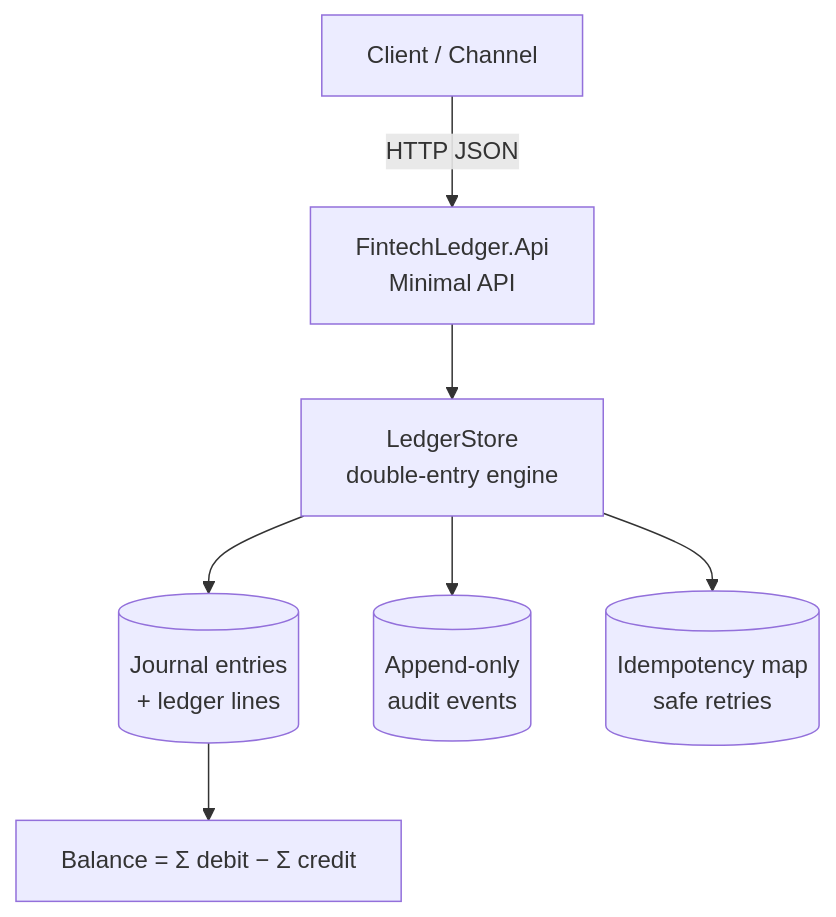
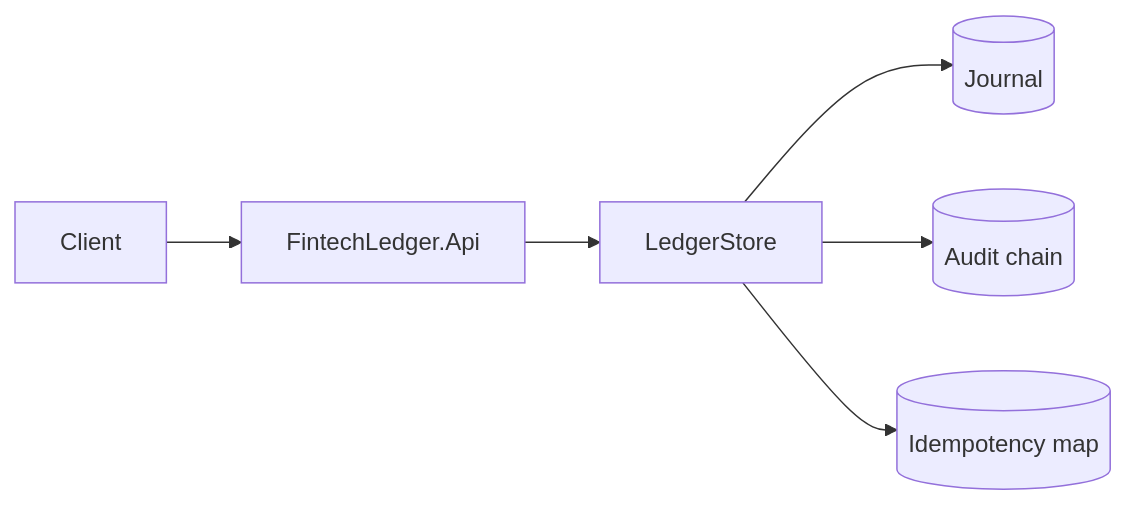
One commit to Dedmoo/FintechLedgerApi changed the second of 4 diagrams in README.md. Above: the diagram before and after it, drawn with Mermaid. The commit also changed other lines of this file and 8 other files, not shown here.

Commit message:
feat: ledger running balance, reversals, audit chain and V&V tests

````diff
--- a/README.md
+++ b/README.md
@@ -9,9 +31,8 @@
 ```mermaid
-flowchart TD
-    Client["Client / Channel"] -->|HTTP JSON| API["FintechLedger.Api<br/>Minimal API"]
-    API --> Store["LedgerStore<br/>double-entry engine"]
-    Store --> Journal[("Journal entries<br/>+ ledger lines")]
-    Store --> Audit[("Append-only<br/>audit events")]
-    Store --> Idem[("Idempotency map<br/>safe retries")]
-    Journal --> Balance["Balance = Σ debit − Σ credit"]
+flowchart LR
+    Client --> API[FintechLedger.Api]
+    API --> Store[LedgerStore]
+    Store --> J[(Journal)]
+    Store --> A[(Audit chain)]
+    Store --> I[(Idempotency map)]
 ```
````
